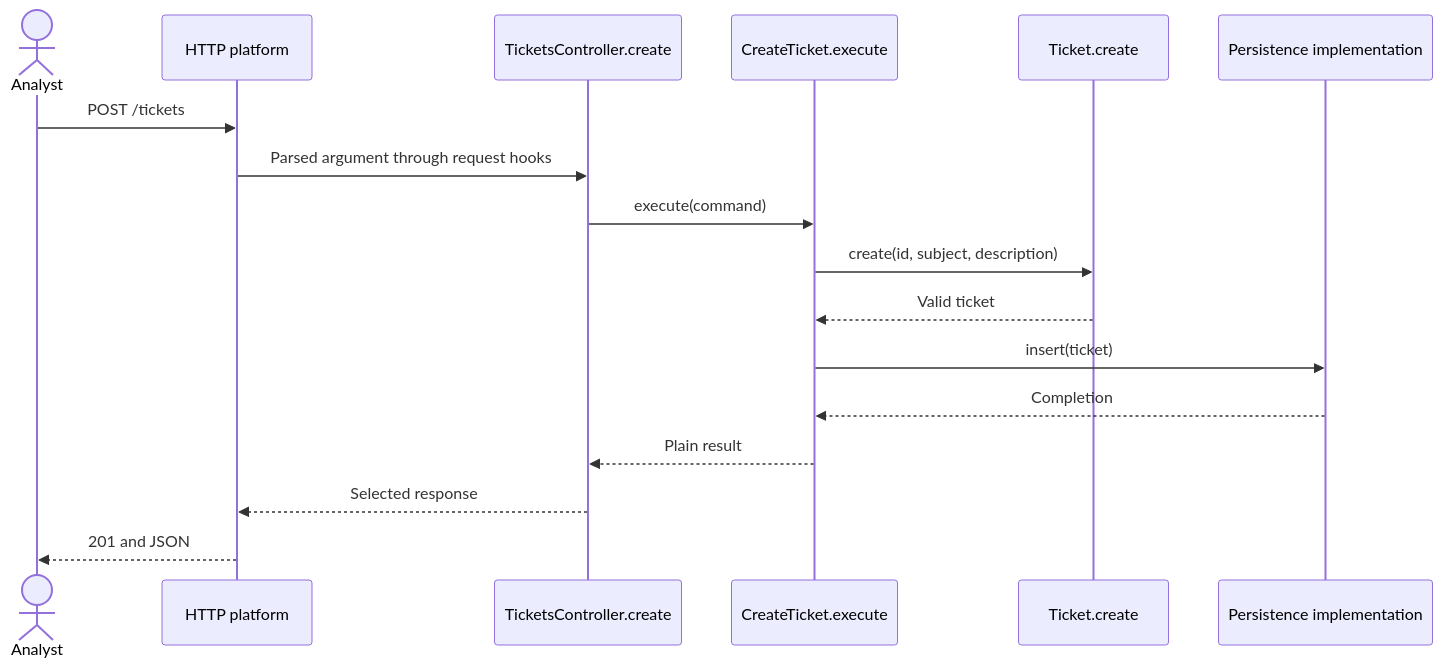
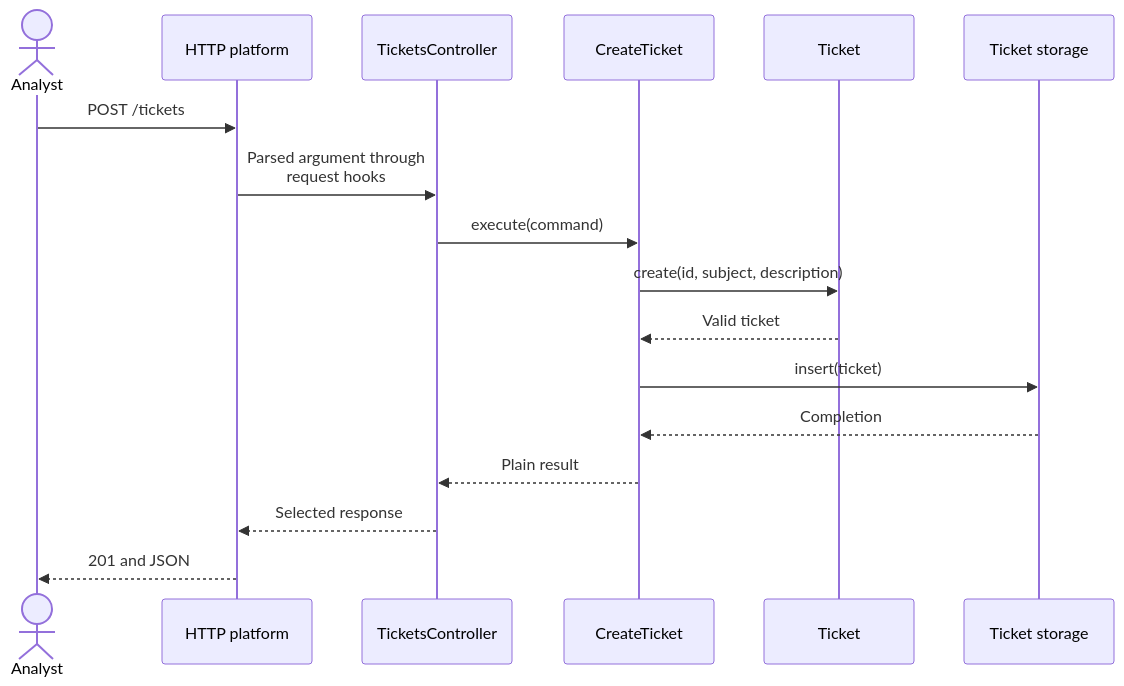
One commit to AndresTaoFlorez/software-architecture changed the diagram in architecture/backend/1-http-request-to-business-operation.md. Above: the diagram before and after it, drawn with Mermaid. The commit also changed other lines of this file and 79 other files, not shown here.

````diff
--- a/architecture/backend/1-http-request-to-business-operation.md
+++ b/architecture/backend/1-http-request-to-business-operation.md
@@ -50,19 +67,20 @@
 ```mermaid
+%%{init: {"htmlLabels": false, "flowchart": {"htmlLabels": false, "nodeSpacing": 28, "rankSpacing": 48, "diagramPadding": 20, "wrappingWidth": 280}, "sequence": {"wrap": true, "diagramMarginX": 20, "diagramMarginY": 20}}}%%
 sequenceDiagram
     actor Analyst
     participant HTTP as HTTP platform
-    participant Handler as TicketsController.create
-    participant App as CreateTicket.execute
-    participant Ticket as Ticket.create
-    participant Storage as Persistence implementation
+    participant Handler as TicketsController
+    participant App as CreateTicket
+    participant Ticket as Ticket
+    participant Storage as Ticket storage
     Analyst->>HTTP: POST /tickets
     HTTP->>Handler: Parsed argument through request hooks
     Handler->>App: execute(command)
     App->>Ticket: create(id, subject, description)
     Ticket-->>App: Valid ticket
     App->>Storage: insert(ticket)
     Storage-->>App: Completion
     App-->>Handler: Plain result
     Handler-->>HTTP: Selected response
     HTTP-->>Analyst: 201 and JSON
 ```
````
